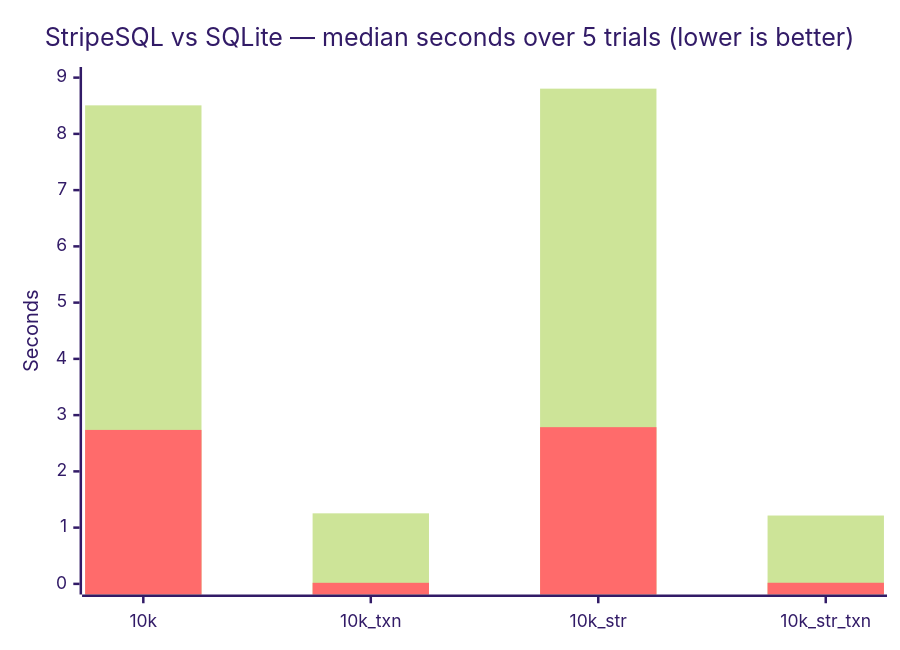
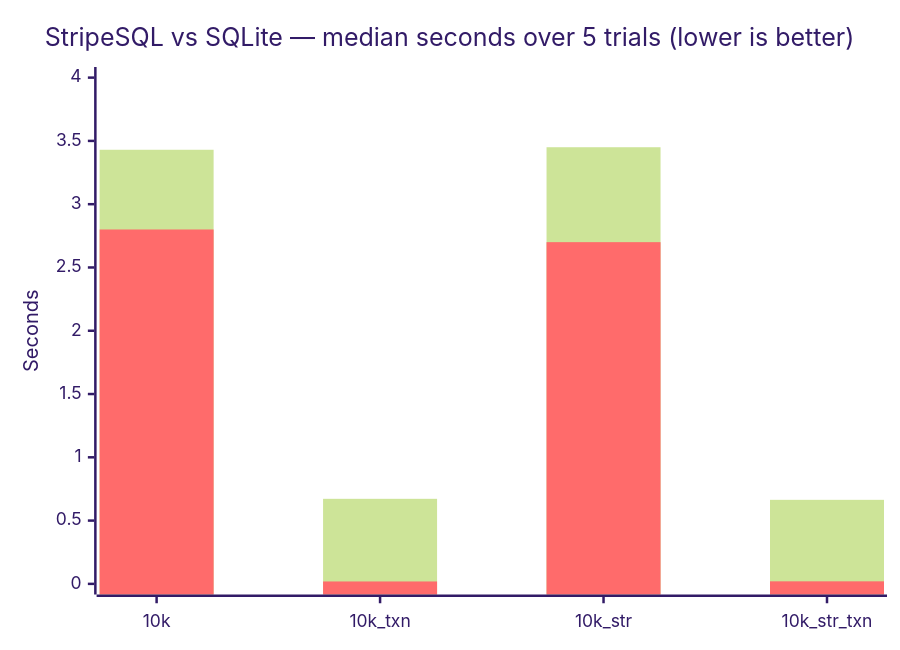
The diagram in README.md (ekothavale/StripeSQL), drawn with Mermaid (forest theme) before and after one commit. The commit also changed other lines of this file and 5 other files, not shown here.

````diff
--- a/README.md
+++ b/README.md
@@ -342,8 +342,8 @@
 ```mermaid
 xychart-beta
     title "StripeSQL vs SQLite — median seconds over 5 trials (lower is better)"
     x-axis ["10k", "10k_txn", "10k_str", "10k_str_txn"]
-    y-axis "Seconds" 0 --> 9
-    bar "StripeSQL" [8.507, 1.254, 8.804, 1.215]
-    bar "SQLite" [2.737, 0.019, 2.786, 0.020]
+    y-axis "Seconds" 0 --> 4
+    bar "StripeSQL" [3.43, 0.672, 3.45, 0.664]
+    bar "SQLite" [2.80, 0.019, 2.70, 0.020]
 ```
````
